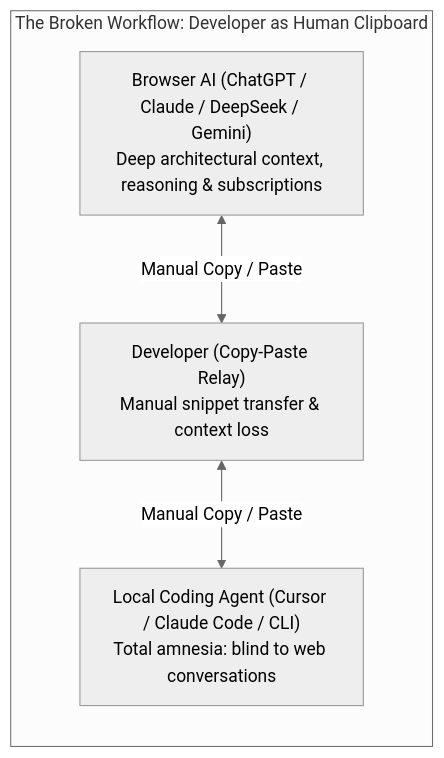
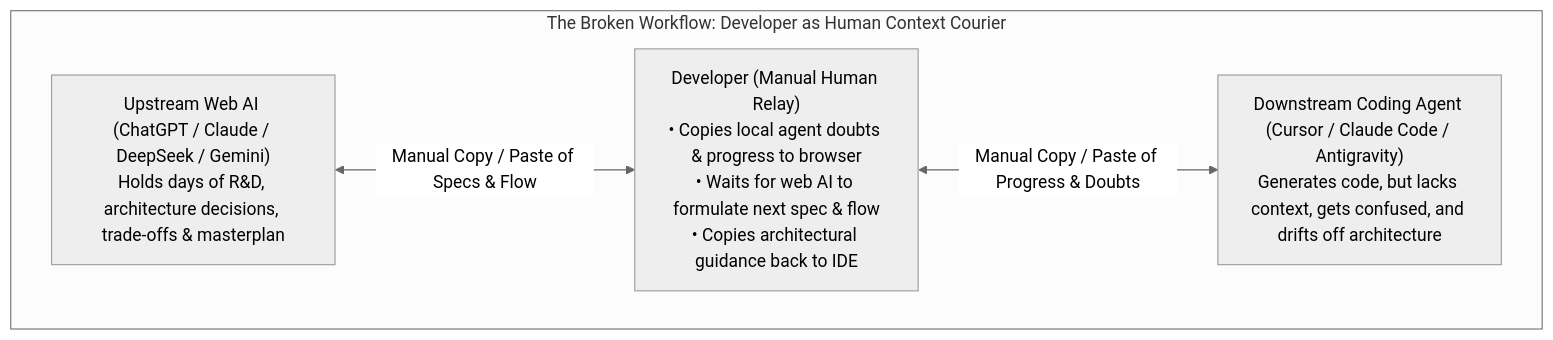
One commit to 0xTanzim/convolink changed the first of 3 diagrams in README.md. Above: the diagram before and after it, drawn with Mermaid (neutral theme). The commit also changed other lines of this file and 1 other file, not shown here.

Commit message:
docs: ground problem statement in upstream intent, doubt resolution, and multi-model consensus

````diff
--- a/README.md
+++ b/README.md
@@ -23,9 +33,10 @@
 ```mermaid
-flowchart LR
-    subgraph Problem ["The Broken Workflow: Developer as Human Clipboard"]
-        WebAI["Browser AI (ChatGPT / Claude / DeepSeek / Gemini)<br/>Deep architectural context, reasoning & subscriptions"]
-        Human["Developer (Copy-Paste Relay)<br/>Manual snippet transfer & context loss"]
-        LocalAgent["Local Coding Agent (Cursor / Claude Code / CLI)<br/>Total amnesia: blind to web conversations"]
-        WebAI <-->|Manual Copy / Paste| Human <-->|Manual Copy / Paste| LocalAgent
+flowchart TD
+    subgraph Problem ["The Broken Workflow: Developer as Human Context Courier"]
+        UpstreamAI["Upstream Web AI (ChatGPT / Claude / DeepSeek / Gemini)<br/>Holds days of R&D, architecture decisions, trade-offs & masterplan"]
+        HumanRelay["Developer (Manual Human Relay)<br/>• Copies local agent doubts & progress to browser<br/>• Waits for web AI to formulate next spec & flow<br/>• Copies architectural guidance back to IDE"]
+        LocalAgent["Downstream Coding Agent (Cursor / Claude Code / Antigravity)<br/>Generates code, but lacks context, gets confused, and drifts off architecture"]
+
+        UpstreamAI <-->|"Manual Copy / Paste of Specs & Flow"| HumanRelay <-->|"Manual Copy / Paste of Progress & Doubts"| LocalAgent
     end
 ```
````
